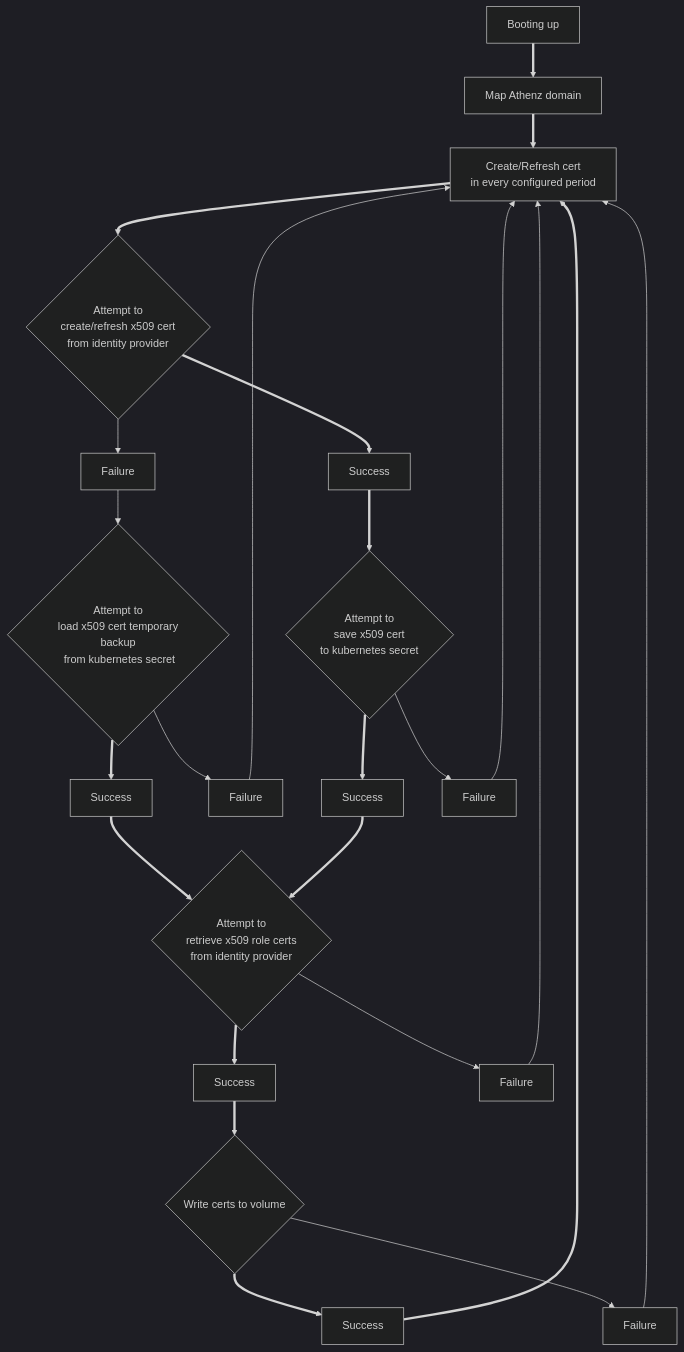
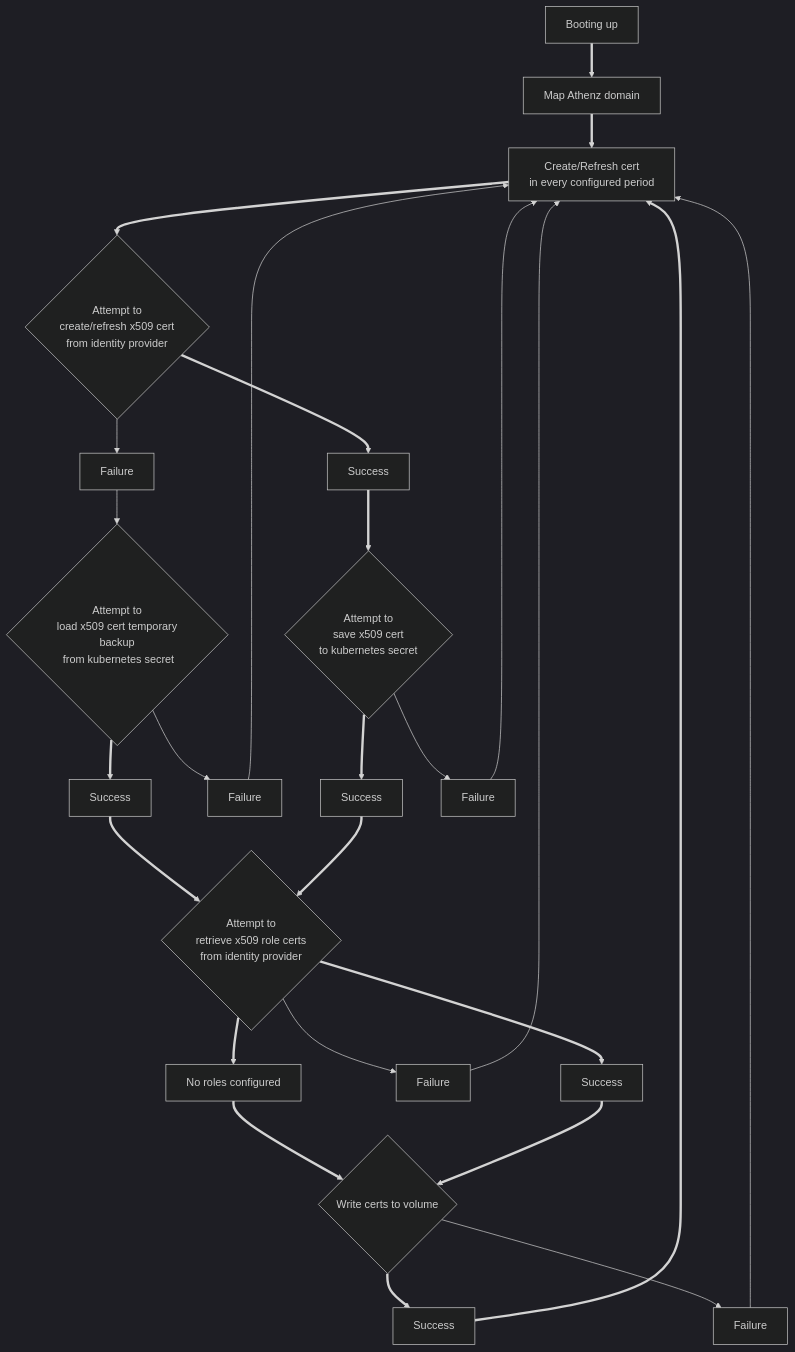
The diagram in README.md (AthenZ/k8s-athenz-sia), drawn with Mermaid (dark theme) before and after one commit.

Commit message:
Updated mermaid diagram in README.md

````diff
--- a/README.md
+++ b/README.md
@@ -5,26 +5,28 @@
 ```mermaid
   graph TD;
       A[Booting up]==>B[Map Athenz domain];
       B==>C[Create/Refresh cert<br/> in every configured period];
       C==>D{Attempt to<br/> create/refresh x509 cert<br/> from identity provider};
       D==>E[Success];
       D-->E'[Failure];
       E'-->F{Attempt to<br/> load x509 cert temporary backup<br/> from kubernetes secret}
       F==>G[Success];
       G==>J
       F-->G'[Failure];
       G'-->C
       E==>H{Attempt to<br/> save x509 cert<br/> to kubernetes secret};
       H==>I[Success];
       H-->I'[Failure];
       I'-->C
       I==>J{Attempt to<br/> retrieve x509 role certs<br/> from identity provider};
       J==>K[Success];
       J-->K'[Failure];
       K'-->C
+      J==>K''[No roles configured];
+      K''==>L
       K==>L{Write certs to volume}
       L==>M[Success];
       L-->M'[Failure];
       M'-->C
       M==>C
 ```
````
